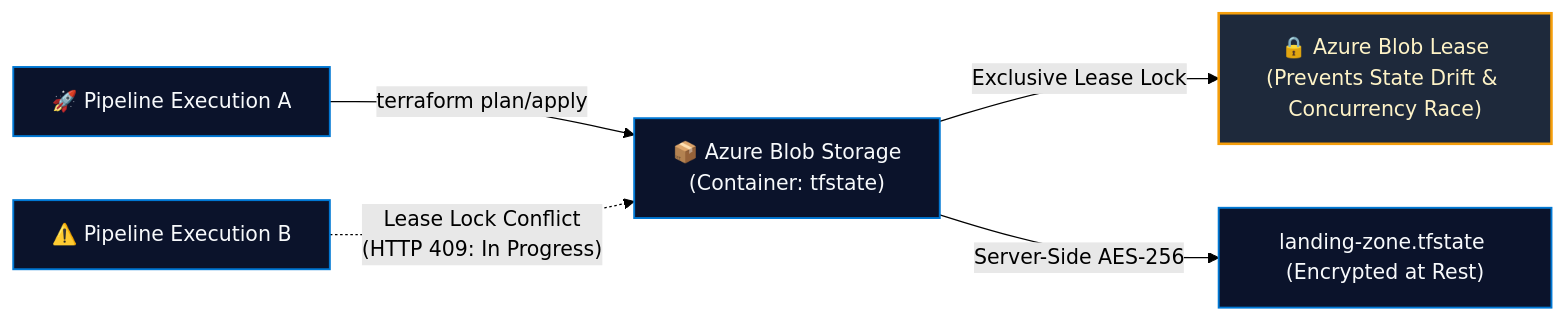
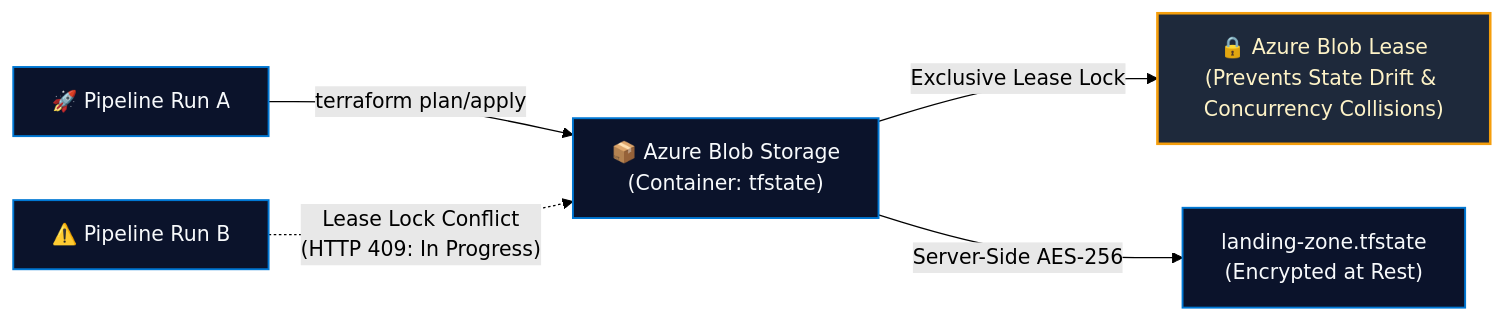
One commit to Dev-opsRahul/Dev-opsRahul changed the third of 3 diagrams in README.md. Above: the diagram before and after it, drawn with Mermaid (forest theme). The commit also changed other lines of this file and 1 other file, not shown here.

````diff
--- a/README.md
+++ b/README.md
@@ -373,11 +308,11 @@
 ```mermaid
 flowchart LR
-    Pipeline1["🚀 Pipeline Execution A"] -->|"terraform plan/apply"| Blob["📦 Azure Blob Storage\n(Container: tfstate)"]
-    Pipeline2["⚠️ Pipeline Execution B"] -.->|"Lease Lock Conflict\n(HTTP 409: In Progress)"| Blob
-    Blob -->|"Exclusive Lease Lock"| Lock["🔒 Azure Blob Lease\n(Prevents State Drift & Concurrency Race)"]
-    Blob -->|"Server-Side AES-256"| StateFile["landing-zone.tfstate (Encrypted at Rest)"]
+    Pipeline1["🚀 Pipeline Run A"] -->|"terraform plan/apply"| Blob["📦 Azure Blob Storage\n(Container: tfstate)"]
+    Pipeline2["⚠️ Pipeline Run B"] -.->|"Lease Lock Conflict\n(HTTP 409: In Progress)"| Blob
+    Blob -->|"Exclusive Lease Lock"| Lock["🔒 Azure Blob Lease\n(Prevents State Drift & Concurrency Collisions)"]
+    Blob -->|"Server-Side AES-256"| StateFile["landing-zone.tfstate\n(Encrypted at Rest)"]
 
     classDef default fill:#0B132B,stroke:#0078D4,stroke-width:1.5px,color:#F8FAFC;
     classDef lock fill:#1E293B,stroke:#F59E0B,stroke-width:2px,color:#FEF3C7;
     class Lock lock;
 ```
````
